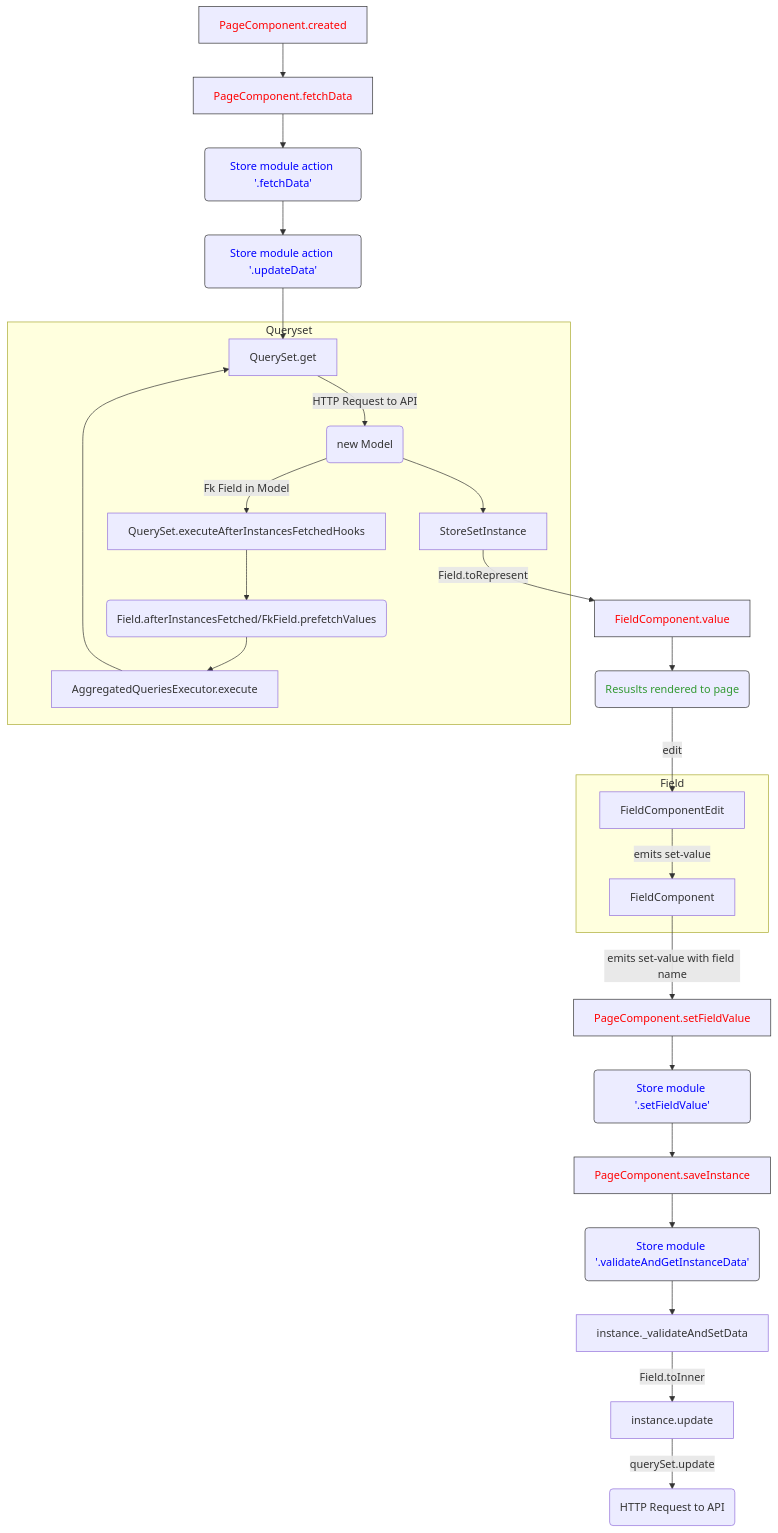
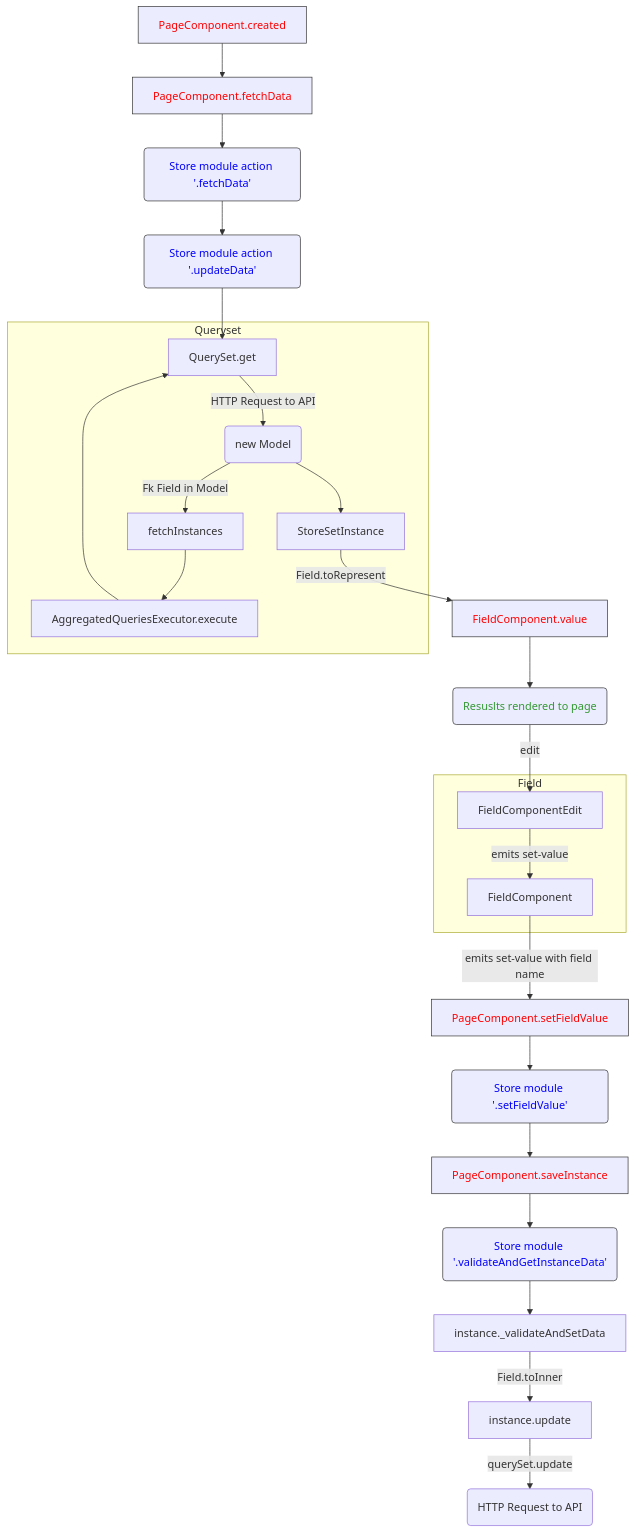
Before and after one commit to vstconsulting/vstutils: the diagram in doc/frontend-manual.rst, drawn with Mermaid. The commit also changed 71 other files, not shown here.

```diff
--- a/doc/frontend-manual.rst
+++ b/doc/frontend-manual.rst
@@ -9,27 +9,26 @@
 .. mermaid::
 
     graph TD
       PageComponent.created:::Component --> PageComponent.fetchData:::Component
       PageComponent.fetchData --> SMFetchData(Store module action '.fetchData')
       SMFetchData:::StoreModule --> SMUpdate(Store module action '.updateData'):::StoreModule --> QuerySet.get
       subgraph Queryset
       QuerySet.get -- HTTP Request to API --> NewModel(new Model)
-      NewModel -- Fk Field in Model --> QuerySet.executeAfterInstancesFetchedHooks --> Field.afterInstancesFetched(Field.afterInstancesFetched/FkField.prefetchValues)
+      NewModel -- Fk Field in Model --> fetchInstances --> AggregatedQueriesExecutor.execute --> QuerySet.get
       NewModel --> StoreSetInstance
-      Field.afterInstancesFetched --> AggregatedQueriesExecutor.execute --> QuerySet.get
       end
       StoreSetInstance -- Field.toRepresent --> FieldComponent.value
       FieldComponent.value:::Component --> Rendered(Resuslts rendered to page)
       Rendered:::Render -- edit --> FieldComponentEdit
       subgraph Field
       FieldComponentEdit --emits set-value--> FieldComponent
       end
       FieldComponent --emits set-value with field name--> PageComponent.setFieldValue:::Component
       PageComponent.setFieldValue --> SM(Store module '.setFieldValue'):::StoreModule
       SM --> PageComponent.saveInstance:::Component -->   SMValidateGet(Store module '.validateAndGetInstanceData'):::StoreModule
       SMValidateGet --> instance._validateAndSetData -- Field.toInner --> instance.update
       instance.update -- querySet.update --> Post(HTTP Request to API)
 
     classDef Component stroke:#333,color:#f00;
     classDef StoreModule  stroke:#333,color:#00f;
     classDef Render stroke:#333,color:#393;
```
